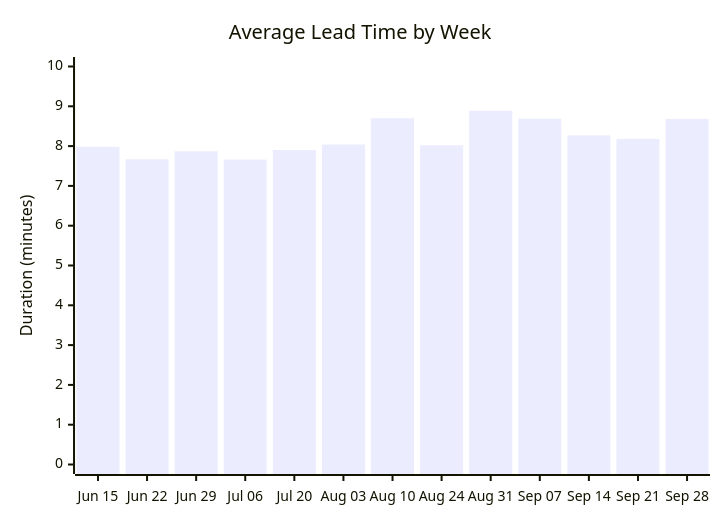
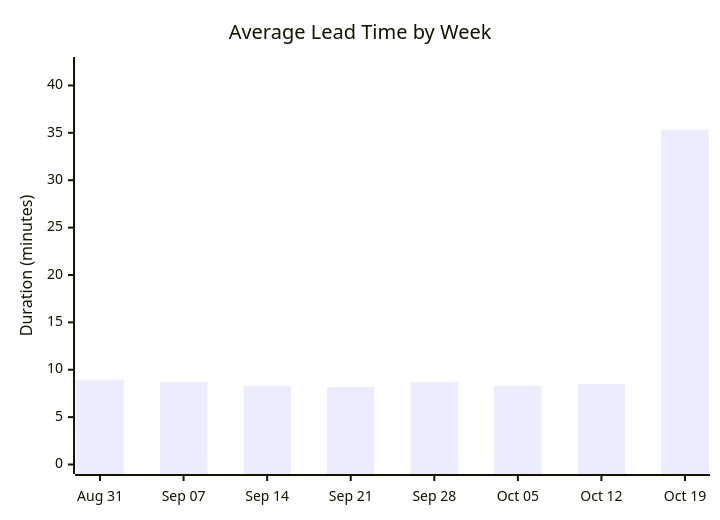
Before and after one commit to ukma-cs-ssdm-2025/rate-ukma: the second of 4 diagrams in docs/ci-cd/dora-summary.md, drawn with Mermaid. The commit also changed other lines of this file, not shown here.

````diff
--- a/docs/ci-cd/dora-summary.md
+++ b/docs/ci-cd/dora-summary.md
@@ -29,7 +30,7 @@
 ```mermaid
 xychart-beta
     title "Average Lead Time by Week"
-    x-axis ["Jun 15", "Jun 22", "Jun 29", "Jul 06", "Jul 20", "Aug 03", "Aug 10", "Aug 24", "Aug 31", "Sep 07", "Sep 14", "Sep 21", "Sep 28"]
-    y-axis "Duration (minutes)" 0 --> 10
-    bar [7.98, 7.67, 7.87, 7.66, 7.90, 8.04, 8.70, 8.02, 8.89, 8.69, 8.27, 8.18, 8.68]
+    x-axis ["Aug 31", "Sep 07", "Sep 14", "Sep 21", "Sep 28", "Oct 05", "Oct 12", "Oct 19"]
+    y-axis "Duration (minutes)" 0 --> 42
+    bar [8.95, 8.69, 8.27, 8.18, 8.68, 8.30, 8.47, 35.29]
 ```
````
